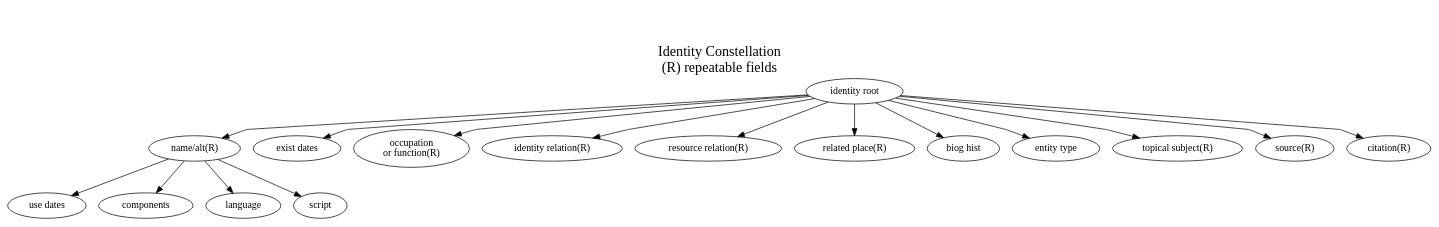
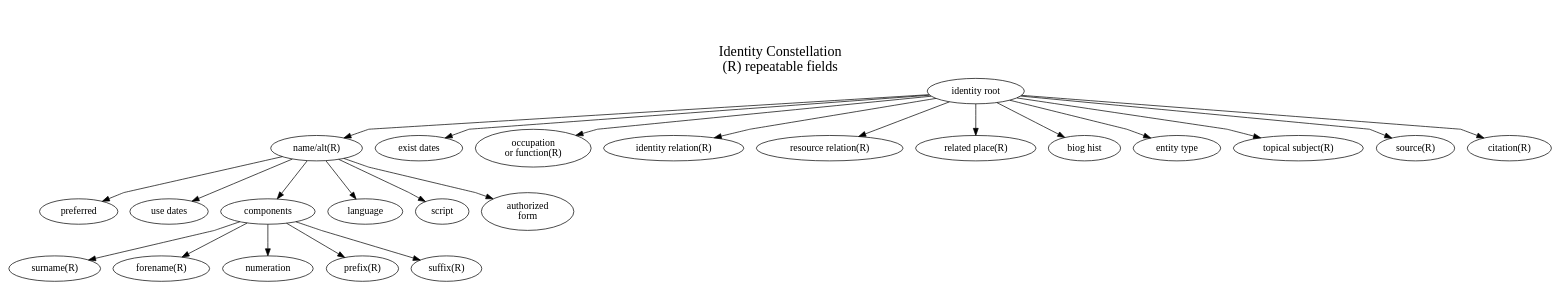
One commit to snac-cooperative/technical-docs changed the diagram in identity_constellation_repeats.gv. Above: the diagram before and after it, drawn with Graphviz. The commit also changed 1 other file, not shown here.

Commit message:
add name components

```diff
--- a/identity_constellation_repeats.gv
+++ b/identity_constellation_repeats.gv
@@ -1,63 +1,79 @@
 digraph States {
         // neato -n2 -Tsvg identity_constellation.gv -O
         // 
         // Absolute positioning appears to only work with neato, and only if all nodes are pinned,
         // but not always. neato -n2 units are points, and inputscale appears to be ignored
         // sep=0.2 splines=polyline overlap=false allows the pos values to be followed,
         // while getting the lines to go around nodes.
 
 	label = "\n\nIdentity Constellation\n(R) repeatable fields";
         labelloc="t";
 	fontsize=20;
         // inputscale=75;
         sep=0.05;
 
         // nodesep is a synonym for sep?
         // nodesep=0.1;
 
         splines=polyline;
         overlap=false;
 
         "an1" [label="name/alt(R)"];
         "ed1" [label="exist dates"];
         "occ1" [label="occupation\nor function(R)"];
         "cr1" [label="identity relation(R)"];
         "rr1" [label="resource relation(R)"];
         
 
-        root1 [pos="350,400!" label="identity root"];
-        place [pos="200,450!" label="related place(R)"];
+        root1 [pos="470,400!" label="identity root"];
+        place [pos="320,450!" label="related place(R)"];
 
-        an1             [pos="150,350!" ];
-        usedate         [pos="0,350!", label="use dates"];
-        name_components [pos="0,290!", label="components"];
-        language        [pos="20,250!", label="language"];
-        script          [pos="40,200!", label="script"];
+        an1             [pos="270,350!" ];
+        pref            [pos="120,410!" label="preferred"];
+        usedate         [pos="120,350!", label="use dates"];
+        name_components [pos="140,300!", label="components"];
+        language        [pos="150,250!", label="language"];
+        script          [pos="180,200!", label="script"];
+        authorized_form [pos="210,140!", label="authorized\nform"];
 
         an1 -> language;
         an1 -> script;
+        an1 ->authorized_form;
+        an1 -> pref;
 
-        ed1 [pos="150,200!"];
-        biog [pos="160,400!" label="biog hist"] ;
-        cr1 [pos="590,310!"];
-        et [pos="220,100!" label="entity type"];
-        occ1 [pos="430,250!"];
-        subject [pos="340,180!" label="topical subject(R)"];
-        rr1 [pos="600,200!"];
-        src [pos="550,400!" label="source(R)"];
-        citation [pos="570,450!" label="citation(R)"];
+        name_components -> surname;
+        name_components -> forename;
+        name_components -> numeration;
+        name_components -> prefix;
+        name_components -> suffix;
+
+        surname [pos="0,350!", label="surname(R)"];
+        forename [pos="0,300!", label="forename(R)"];
+        numeration [pos="0,250!", label="numeration"];
+        prefix [pos="0,200!", label="prefix(R)"];
+        suffix [pos="0,150!", label="suffix(R)"];
+
+        ed1 [pos="330,270!"];
+        biog [pos="280,400!" label="biog hist"] ;
+        cr1 [pos="730,310!"];
+        et [pos="340,100!" label="entity type"];
+        occ1 [pos="550,250!"];
+        subject [pos="460,180!" label="topical subject(R)"];
+        rr1 [pos="720,200!"];
+        src [pos="670,400!" label="source(R)"];
+        citation [pos="690,450!" label="citation(R)"];
 
         root1 -> subject;
         root1 -> citation;
         root1 -> et;
         root1 -> src;
         root1 -> place;
         root1 -> an1;
         root1 -> ed1;
         root1 -> occ1;
         root1 -> cr1;
         root1-> rr1;
         root1 -> biog;
         an1 -> usedate;
         an1 -> name_components;
 }
```
